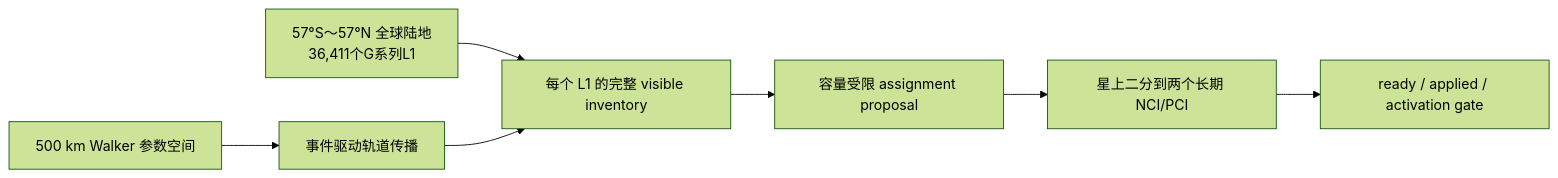
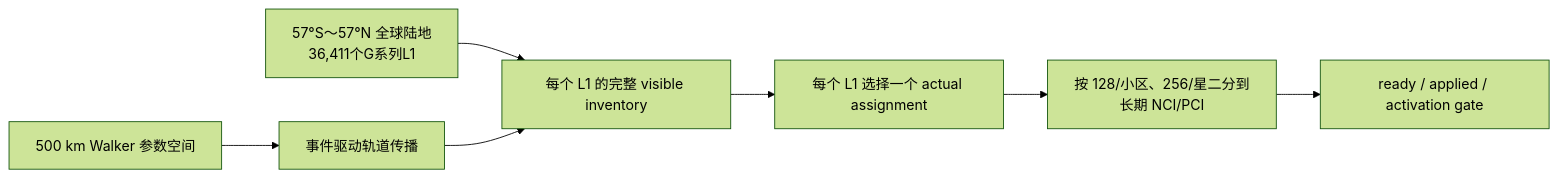
The first of 2 diagrams in docs/ntn_orbit_constellation_plan.md (13730100881bu-bot/SrsRAN_NTN_G1), drawn with Mermaid (forest theme) before and after one commit. The commit also changed other lines of this file and 3 other files, not shown here.

````diff
--- a/docs/ntn_orbit_constellation_plan.md
+++ b/docs/ntn_orbit_constellation_plan.md
@@ -54,9 +56,9 @@
 ```mermaid
 flowchart LR
     ORBIT["500 km Walker 参数空间"] --> EPH["事件驱动轨道传播"]
     MASK["57°S～57°N 全球陆地<br/>36,411个G系列L1"] --> VISIBLE["每个 L1 的完整 visible inventory"]
     EPH --> VISIBLE
-    VISIBLE --> MATCH["容量受限 assignment proposal"]
-    MATCH --> SPLIT["星上二分到两个长期 NCI/PCI"]
+    VISIBLE --> MATCH["每个 L1 选择一个 actual assignment"]
+    MATCH --> SPLIT["按 128/小区、256/星二分到长期 NCI/PCI"]
     SPLIT --> READY["ready / applied / activation gate"]
 ```
````
